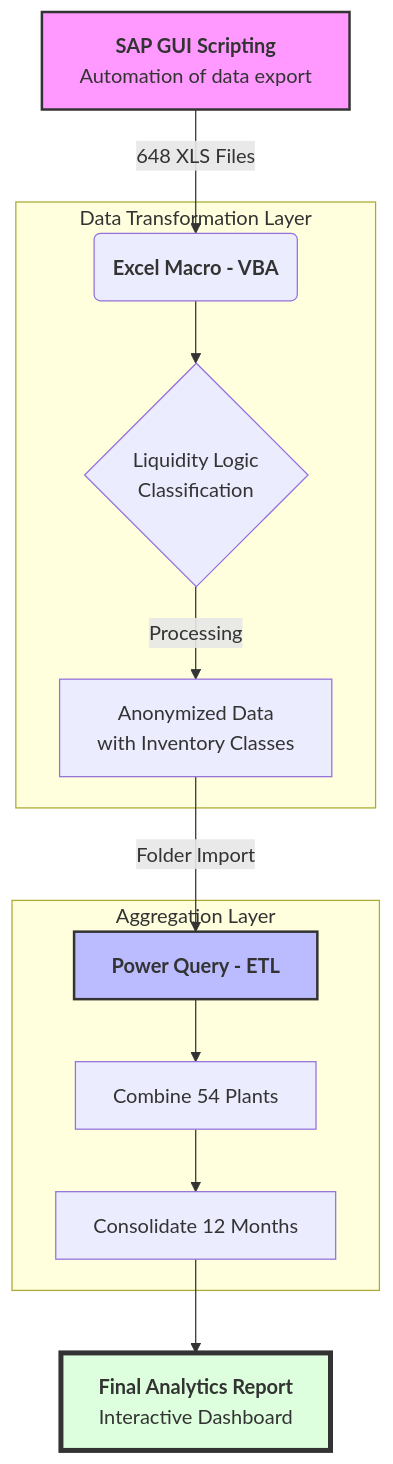
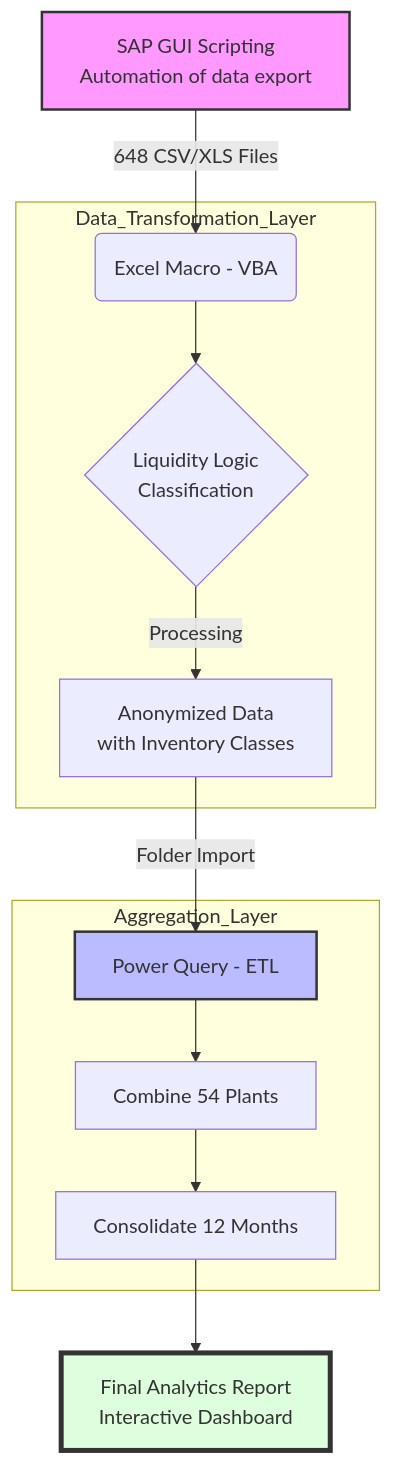
One commit to Tomileka/SAP_GUI_automation changed the diagram in README.md. Above: the diagram before and after it, drawn with Mermaid. The commit also changed other lines of this file, not shown here.

Commit message:
Update README.md
Link for mobile version

````diff
--- a/README.md
+++ b/README.md
@@ -30,22 +35,22 @@
-```mermaid
-graph TD
-    A[<b>SAP GUI Scripting</b><br/>Automation of data export] -->|648 XLS Files| B(<b>Excel Macro - VBA</b>)
-    
-    subgraph "Data Transformation Layer"
-    B --> C{Liquidity Logic<br/>Classification}
-    C -->|Processing| D[Anonymized Data<br/>with Inventory Classes]
-    end
+  ```mermaid
+  graph TD
+      A[SAP GUI Scripting<br/>Automation of data export] -->|648 CSV/XLS Files| B(Excel Macro - VBA)
+      
+      subgraph Data_Transformation_Layer
+      B --> C{Liquidity Logic<br/>Classification}
+      C -->|Processing| D[Anonymized Data<br/>with Inventory Classes]
+      end
 
-    D -->|Folder Import| E[<b>Power Query - ETL</b>]
-    
-    subgraph "Aggregation Layer"
-    E --> F[Combine 54 Plants]
-    F --> G[Consolidate 12 Months]
-    end
+      D -->|Folder Import| E[Power Query - ETL]
+      
+      subgraph Aggregation_Layer
+      E --> F[Combine 54 Plants]
+      F --> G[Consolidate 12 Months]
+      end
 
-    G --> H[<b>Final Analytics Report</b><br/>Interactive Dashboard]
+      G --> H[Final Analytics Report<br/>Interactive Dashboard]
 
-    style A fill:#f9f,stroke:#333,stroke-width:2px
-    style E fill:#bbf,stroke:#333,stroke-width:2px
-    style H fill:#dfd,stroke:#333,stroke-width:4px
+      style A fill:#f9f,stroke:#333,stroke-width:2px
+      style E fill:#bbf,stroke:#333,stroke-width:2px
+      style H fill:#dfd,stroke:#333,stroke-width:4px
 ```
````
